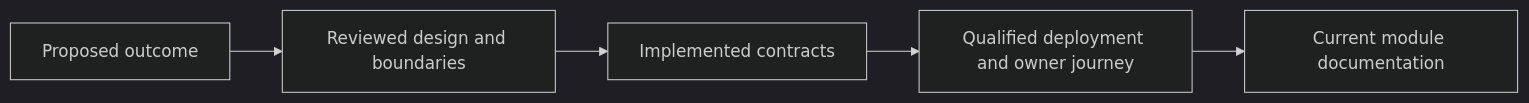
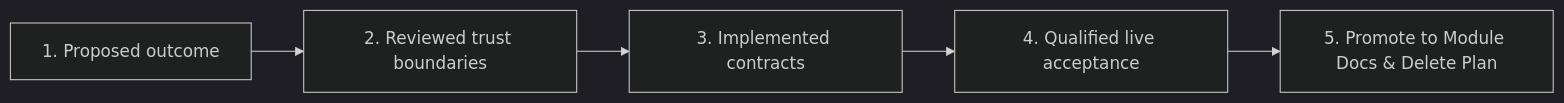
Before and after one commit to hushh-labs/hushh-research: the diagram in docs/roadmap/README.md, drawn with Mermaid (dark theme). The commit also changed other lines of this file and 26 other files, not shown here.

First line of the commit message:
docs: wave 2 pillar hero banners and 12 hybrid-tiered architecture modules

````diff
--- a/docs/roadmap/README.md
+++ b/docs/roadmap/README.md
@@ -11,12 +18,12 @@
 ```mermaid
 flowchart LR
-  idea["Proposed outcome"]
-  design["Reviewed design and boundaries"]
-  source["Implemented contracts"]
-  acceptance["Qualified deployment and owner journey"]
-  current["Current module documentation"]
+  idea["1. Proposed outcome"]
+  design["2. Reviewed trust boundaries"]
+  source["3. Implemented contracts"]
+  acceptance["4. Qualified live acceptance"]
+  current["5. Promote to Module Docs & Delete Plan"]
   idea --> design
   design --> source
   source --> acceptance
   acceptance --> current
 ```
````
